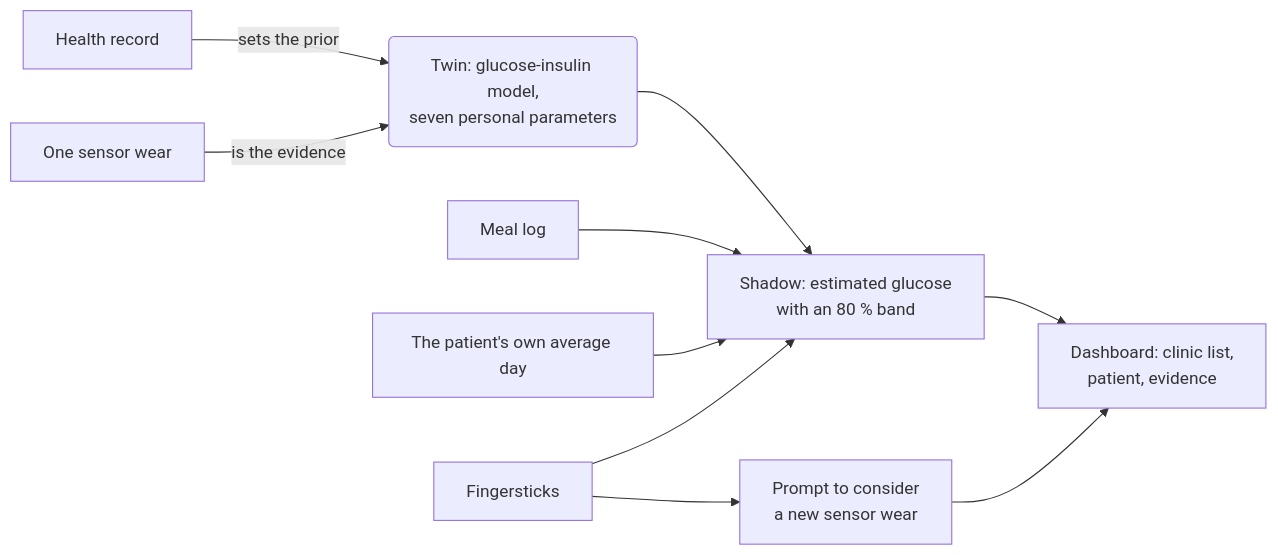
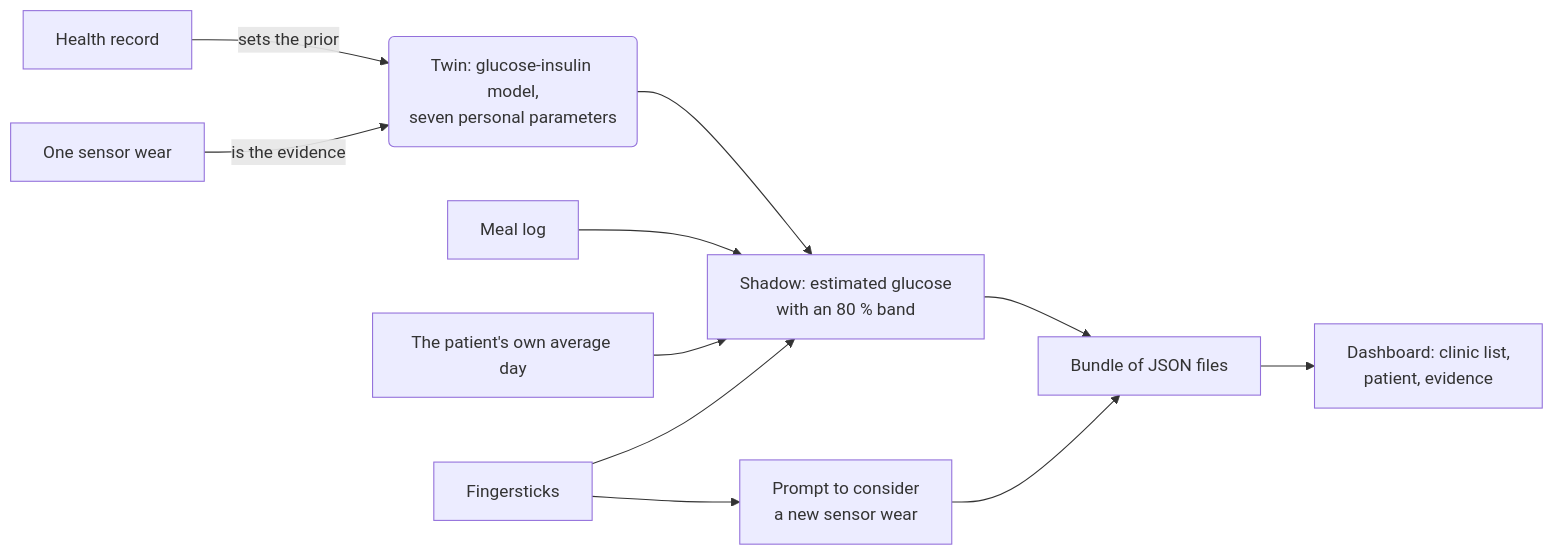
The diagram in README.md (AdityaChandel11/DigitalTwinHack), drawn with Mermaid before and after one commit. The commit also changed other lines of this file and 3 other files, not shown here.

````diff
--- a/README.md
+++ b/README.md
@@ -188,12 +91,13 @@
 ```mermaid
 flowchart LR
   R[Health record] -->|sets the prior| T(Twin: glucose-insulin model,<br/>seven personal parameters)
   W[One sensor wear] -->|is the evidence| T
   T --> S[Shadow: estimated glucose<br/>with an 80 % band]
   M[Meal log] --> S
   A[The patient's own average day] --> S
   F[Fingersticks] --> S
   F --> P[Prompt to consider<br/>a new sensor wear]
-  S --> D[Dashboard: clinic list,<br/>patient, evidence]
-  P --> D
+  S --> B[Bundle of JSON files]
+  P --> B
+  B --> D[Dashboard: clinic list,<br/>patient, evidence]
 ```
````
